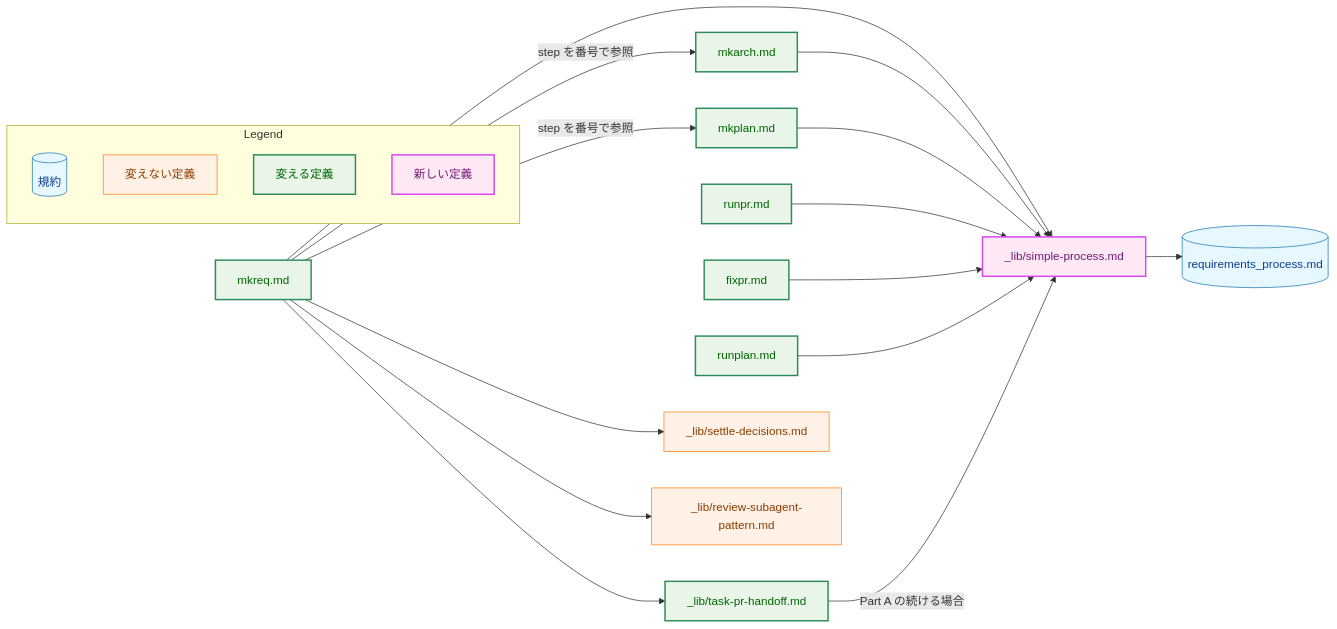
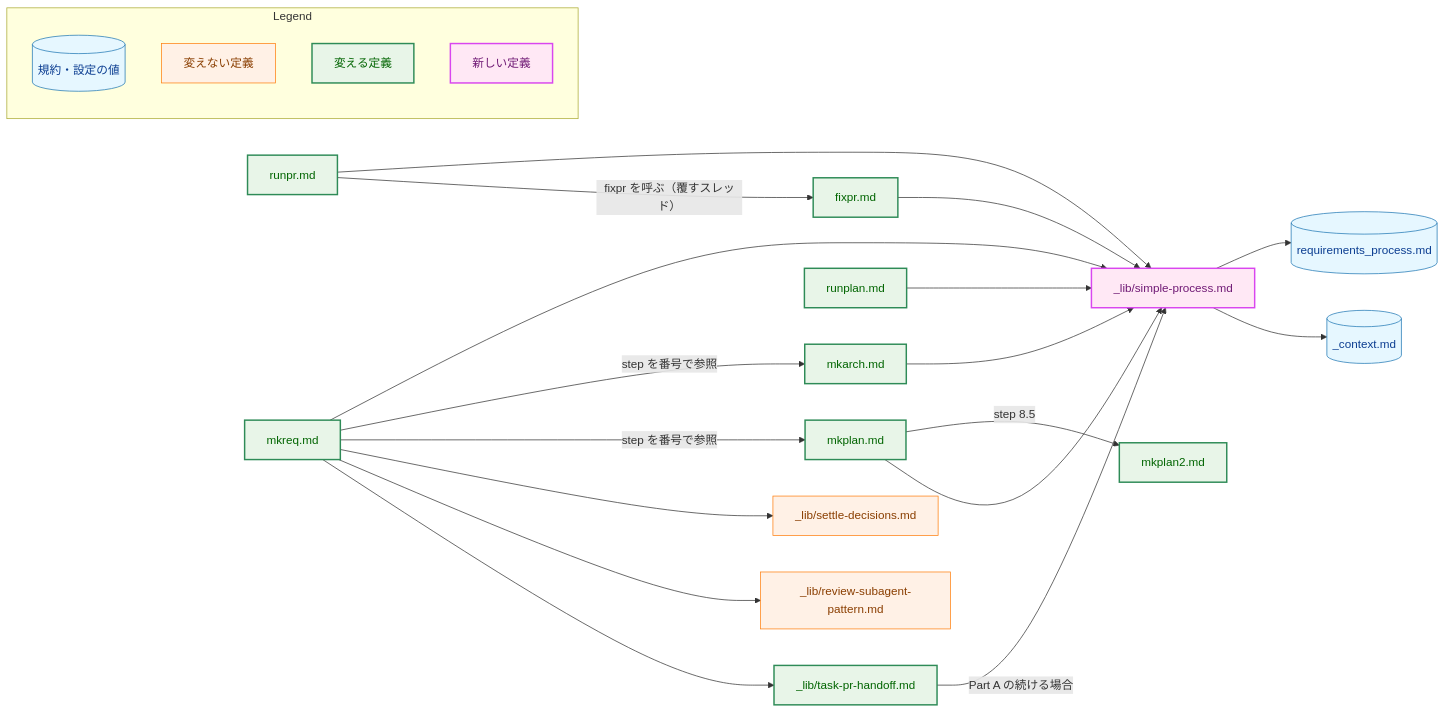
Before and after one commit to isseis/yt2column: the second of 7 diagrams in docs/tasks/0072_simple_task_documents/02_architecture.md, drawn with Mermaid. The commit also changed other lines of this file and 1 other file, not shown here.

First line of the commit message:
docs(0072): address the design review of the simplified task-document flow

````diff
--- a/docs/tasks/0072_simple_task_documents/02_architecture.md
+++ b/docs/tasks/0072_simple_task_documents/02_architecture.md
@@ -137,49 +151,54 @@
 ```mermaid
 flowchart LR
     classDef data fill:#e6f7ff,stroke:#1f77b4,stroke-width:1px,color:#0b3d91;
     classDef process fill:#fff1e6,stroke:#ff7f0e,stroke-width:1px,color:#8a3e00;
     classDef enhanced fill:#e8f5e8,stroke:#2e8b57,stroke-width:2px,color:#006400;
     classDef newpkg fill:#ffe8f5,stroke:#d946ef,stroke-width:2px,color:#701a75;
 
     RP[("requirements_process.md")]
+    CTX[("_context.md")]
     SP["_lib/simple-process.md"]
     MKREQ["mkreq.md"]
     MKARCH["mkarch.md"]
     MKPLAN["mkplan.md"]
+    MKPLAN2["mkplan2.md"]
     RUNPR["runpr.md"]
     FIXPR["fixpr.md"]
     RUNPLAN["runplan.md"]
     HANDOFF["_lib/task-pr-handoff.md"]
     SETTLE["_lib/settle-decisions.md"]
     REVIEW["_lib/review-subagent-pattern.md"]
 
     MKREQ --> SP
     MKREQ -->|"step を番号で参照"| MKARCH
     MKREQ -->|"step を番号で参照"| MKPLAN
+    MKPLAN -->|"step 8.5"| MKPLAN2
     MKREQ --> SETTLE
     MKREQ --> REVIEW
     MKREQ --> HANDOFF
     MKARCH --> SP
     MKPLAN --> SP
     RUNPR --> SP
+    RUNPR -->|"fixpr を呼ぶ（覆すスレッド）"| FIXPR
     FIXPR --> SP
     RUNPLAN --> SP
     HANDOFF -->|"Part A の続ける場合"| SP
     SP --> RP
+    SP --> CTX
 
-    class RP data
+    class RP,CTX data
     class SETTLE,REVIEW process
-    class MKREQ,MKARCH,MKPLAN,RUNPR,FIXPR,RUNPLAN,HANDOFF enhanced
+    class MKREQ,MKARCH,MKPLAN,MKPLAN2,RUNPR,FIXPR,RUNPLAN,HANDOFF enhanced
     class SP newpkg
 
     subgraph Legend["Legend"]
-        L1[("規約")]
+        L1[("規約・設定の値")]
         L2["変えない定義"]
         L3["変える定義"]
         L4["新しい定義"]
     end
     class L1 data
     class L2 process
     class L3 enhanced
     class L4 newpkg
 ```
````
